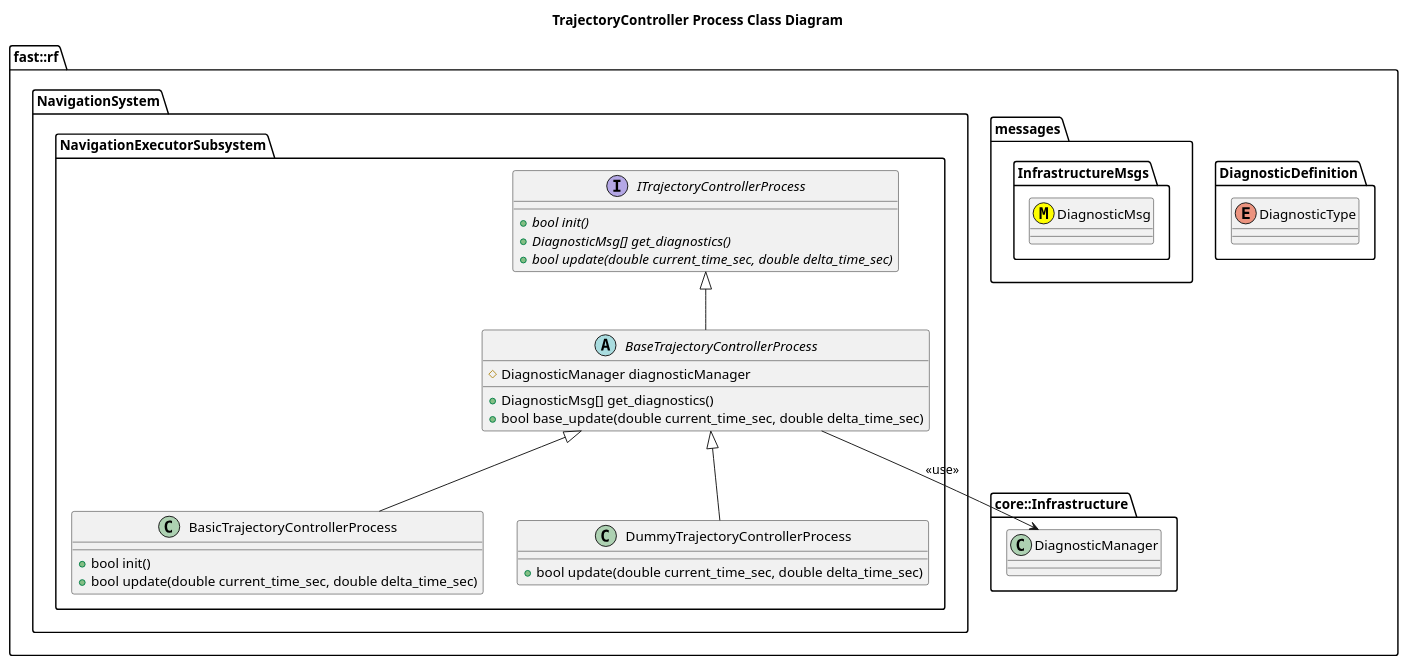
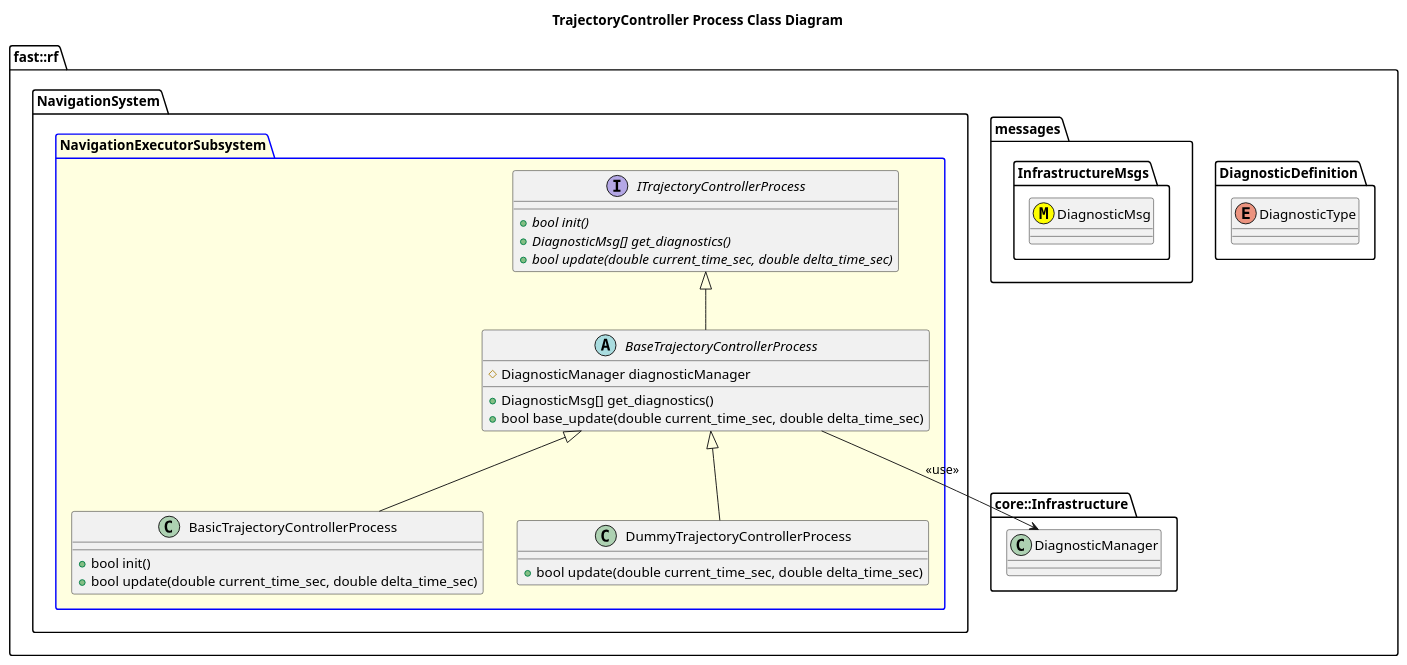
Before and after one commit to fastrobotics/robot_framework: the diagram in Systems/Navigation/Subsystems/NavigationExecutor/Processes/TrajectoryController/doc/puml/TrajectoryControllerProcessClassDiagram.puml, drawn with PlantUML. The commit also changed 64 other files, not shown here.

```diff
--- a/Systems/Navigation/Subsystems/NavigationExecutor/Processes/TrajectoryController/doc/puml/TrajectoryControllerProcessClassDiagram.puml
+++ b/Systems/Navigation/Subsystems/NavigationExecutor/Processes/TrajectoryController/doc/puml/TrajectoryControllerProcessClassDiagram.puml
@@ -1,43 +1,43 @@
 @startuml
 title TrajectoryController Process Class Diagram
 
 namespace fast::rf {
   namespace DiagnosticDefinition {
     enum DiagnosticType
   }
   namespace messages {
     namespace InfrastructureMsgs {
       class DiagnosticMsg <<(M,#FFFF00)>>
     }
   }
   namespace core::Infrastructure {
     class DiagnosticManager
   }
   namespace NavigationSystem {
-    namespace NavigationExecutorSubsystem {
+    package NavigationExecutorSubsystem #LightYellow;line:blue {
         interface ITrajectoryControllerProcess  {
           +{abstract} bool init()
           +{abstract} DiagnosticMsg[] get_diagnostics()
           +{abstract} bool update(double current_time_sec, double delta_time_sec)
         }
         abstract BaseTrajectoryControllerProcess {
           +DiagnosticMsg[] get_diagnostics()
           +bool base_update(double current_time_sec, double delta_time_sec)
           #DiagnosticManager diagnosticManager
 
         }
         BaseTrajectoryControllerProcess --> DiagnosticManager: <<use>>
         BaseTrajectoryControllerProcess -up-|> ITrajectoryControllerProcess
         class BasicTrajectoryControllerProcess {
           +bool init()
           +bool update(double current_time_sec, double delta_time_sec)
         }
         BasicTrajectoryControllerProcess -up-|> BaseTrajectoryControllerProcess
         class DummyTrajectoryControllerProcess {
           +bool update(double current_time_sec, double delta_time_sec)
         }
         DummyTrajectoryControllerProcess -up-|> BaseTrajectoryControllerProcess
     }
   }
 }
 @enduml
```
